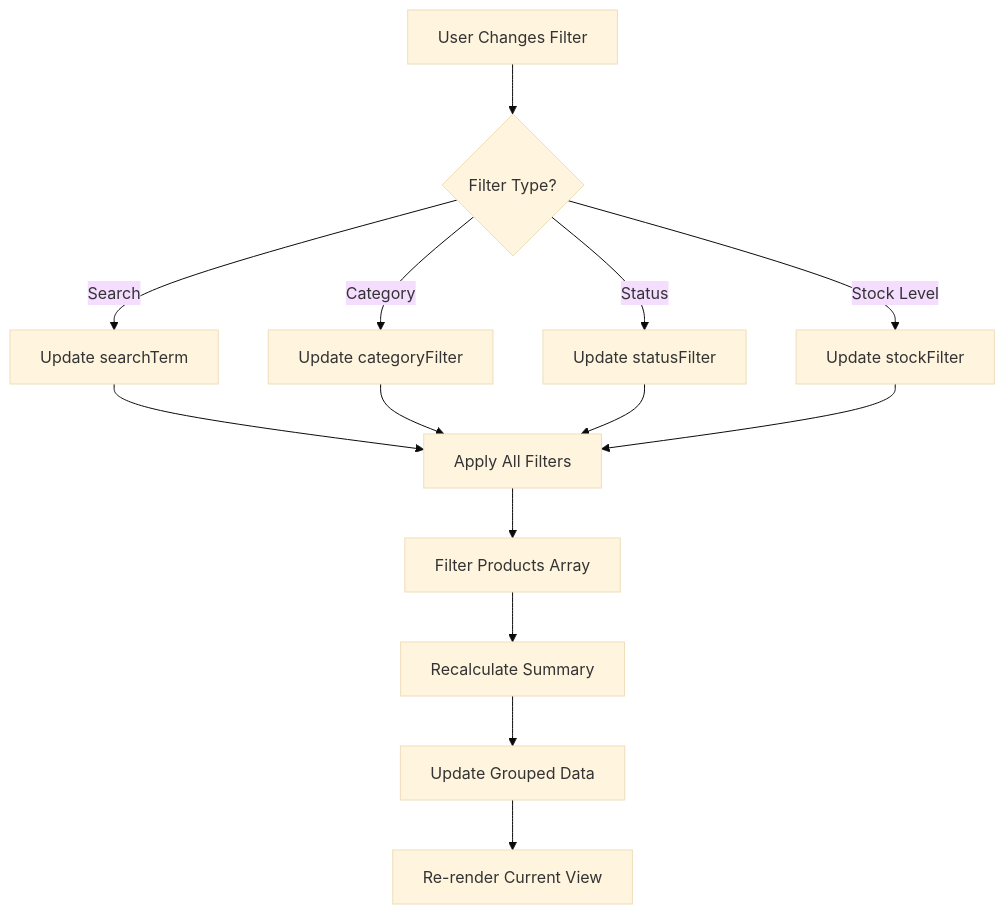
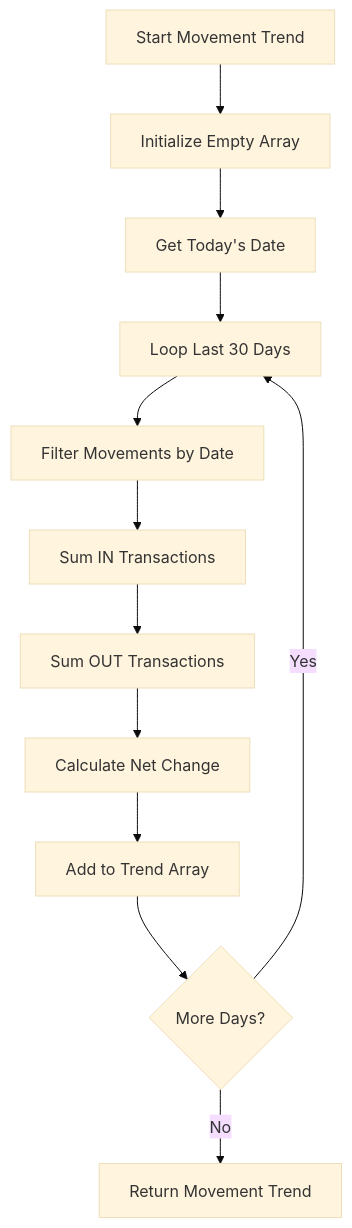
Before and after one commit to PeakMNA/carmen: the third of 16 diagrams in docs/app/inventory-management/stock-overview/stock-cards/FD-stock-cards.md, drawn with Mermaid (base theme). The commit also changed other lines of this file and 473 other files, not shown here.

````diff
--- a/docs/app/inventory-management/stock-overview/stock-cards/FD-stock-cards.md
+++ b/docs/app/inventory-management/stock-overview/stock-cards/FD-stock-cards.md
@@ -51,16 +64,14 @@
 ```mermaid
 flowchart TD
-    A[User Changes Filter] --> B{Filter Type?}
-    B -->|Search| C[Update searchTerm]
-    B -->|Category| D[Update categoryFilter]
-    B -->|Status| E[Update statusFilter]
-    B -->|Stock Level| F[Update stockFilter]
-    C --> G[Apply All Filters]
-    D --> G
-    E --> G
-    F --> G
-    G --> H[Filter Products Array]
-    H --> I[Recalculate Summary]
-    I --> J[Update Grouped Data]
-    J --> K[Re-render Current View]
+    A[Start Movement Trend] --> B[Initialize Empty Array]
+    B --> C[Get Today's Date]
+    C --> D[Loop Last 30 Days]
+    D --> E[Filter Movements by Date]
+    E --> F[Sum IN Transactions]
+    F --> G[Sum OUT Transactions]
+    G --> H[Calculate Net Change]
+    H --> I[Add to Trend Array]
+    I --> J{More Days?}
+    J -->|Yes| D
+    J -->|No| K[Return Movement Trend]
 ```
````
